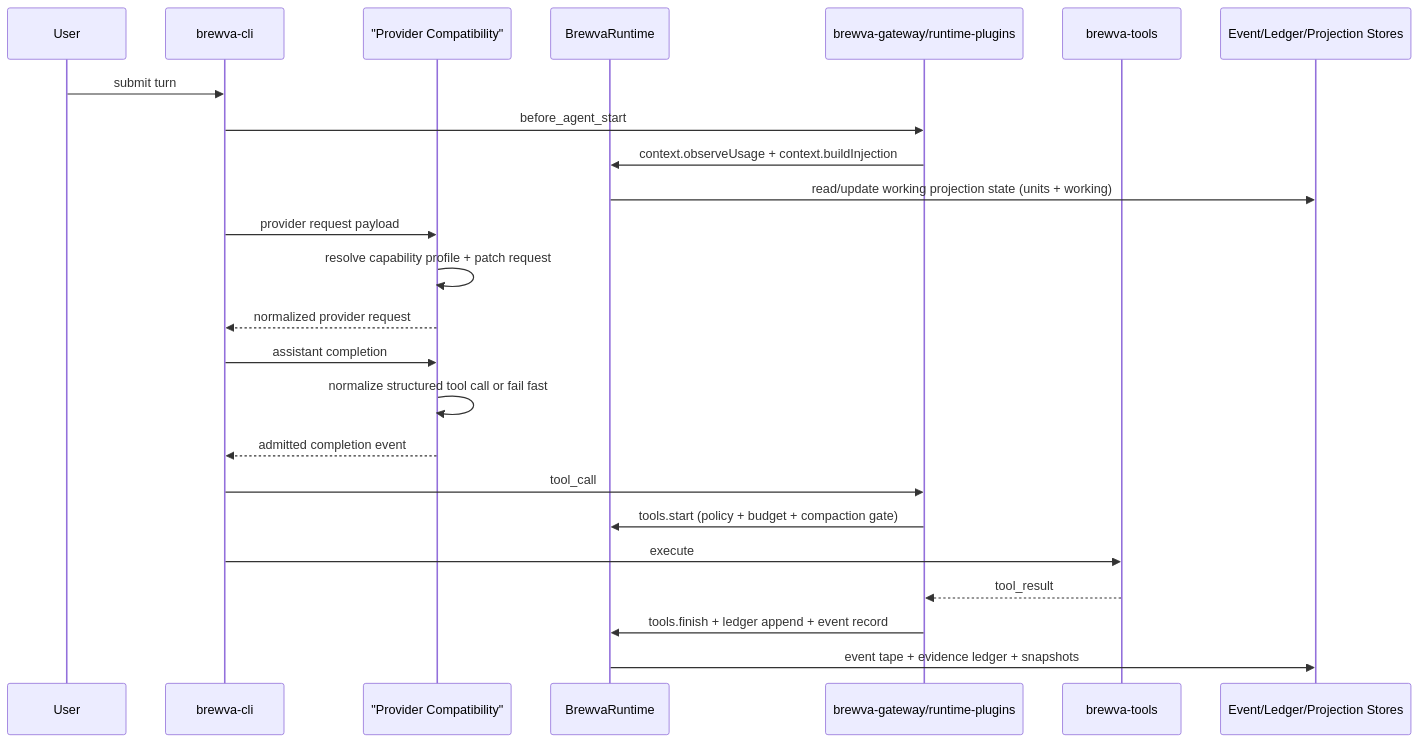
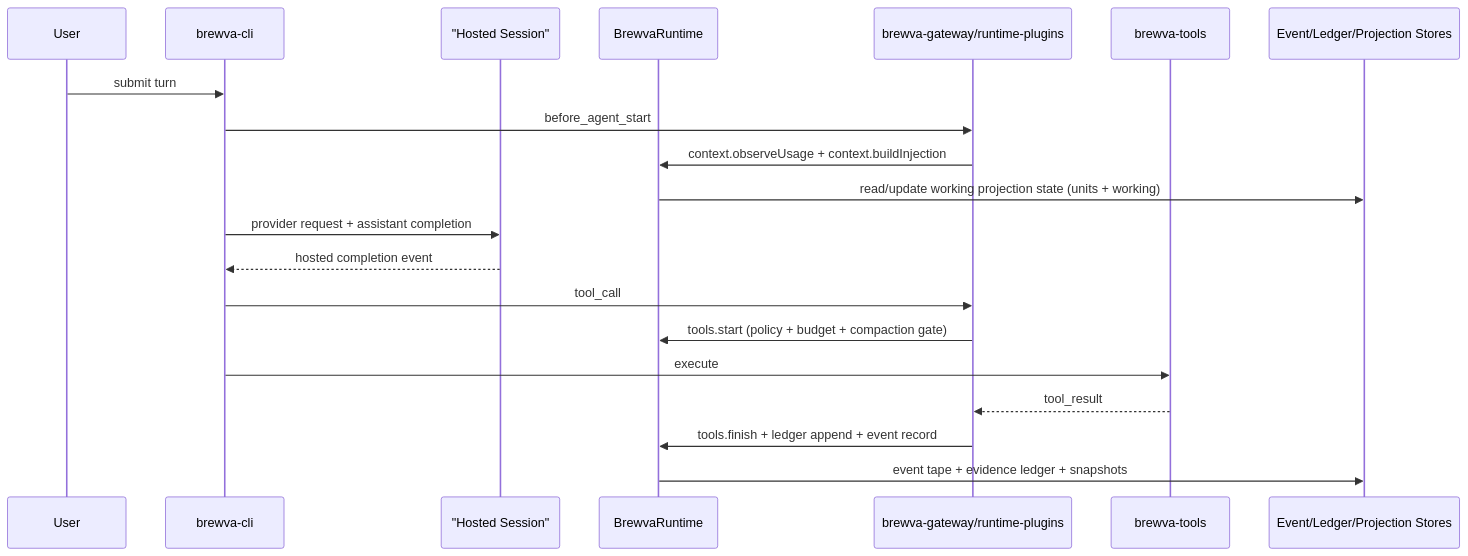
The first of 9 diagrams in docs/architecture/control-and-data-flow.md (arcthur/brewva), drawn with Mermaid before and after one commit. The commit also changed other lines of this file and 123 other files, not shown here.

````diff
--- a/docs/architecture/control-and-data-flow.md
+++ b/docs/architecture/control-and-data-flow.md
@@ -20,27 +20,23 @@
 ```mermaid
 sequenceDiagram
   participant U as User
   participant CLI as brewva-cli
-  participant COMP as "Provider Compatibility"
+  participant HOST as "Hosted Session"
   participant RT as BrewvaRuntime
   participant EXT as brewva-gateway/runtime-plugins
   participant TOOLS as brewva-tools
   participant STORE as Event/Ledger/Projection Stores
 
   U->>CLI: submit turn
   CLI->>EXT: before_agent_start
   EXT->>RT: context.observeUsage + context.buildInjection
   RT->>STORE: read/update working projection state (units + working)
-  CLI->>COMP: provider request payload
-  COMP->>COMP: resolve capability profile + patch request
-  COMP-->>CLI: normalized provider request
-  CLI->>COMP: assistant completion
-  COMP->>COMP: normalize structured tool call or fail fast
-  COMP-->>CLI: admitted completion event
+  CLI->>HOST: provider request + assistant completion
+  HOST-->>CLI: hosted completion event
   CLI->>EXT: tool_call
   EXT->>RT: tools.start (policy + budget + compaction gate)
   CLI->>TOOLS: execute
   TOOLS-->>EXT: tool_result
   EXT->>RT: tools.finish + ledger append + event record
   RT->>STORE: event tape + evidence ledger + snapshots
 ```
````
